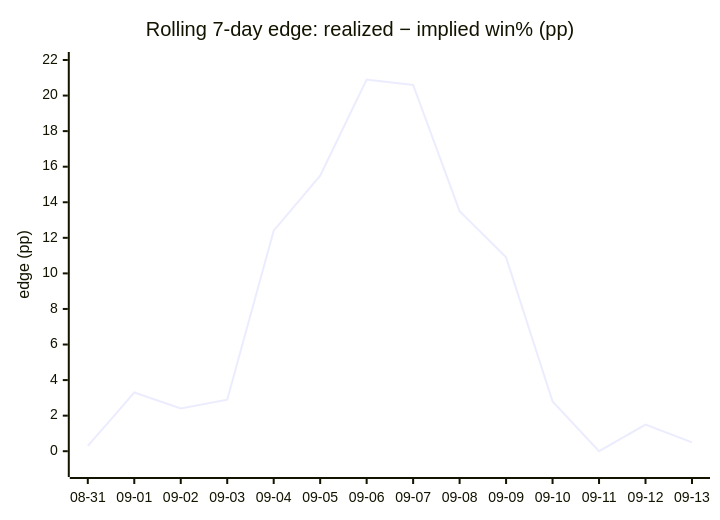
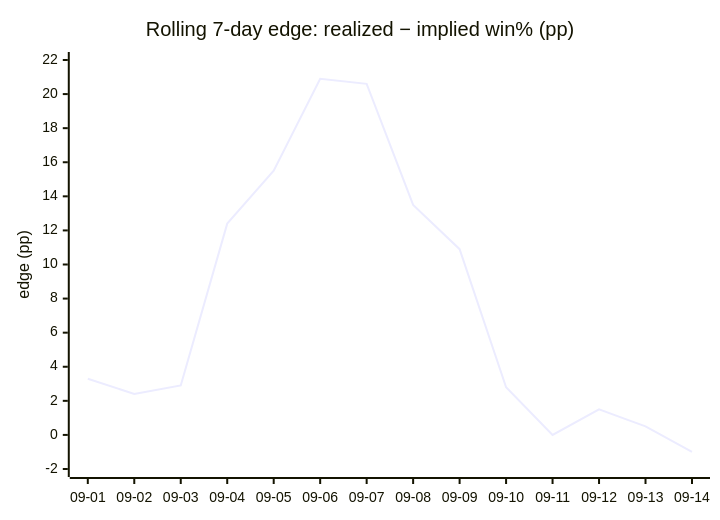
Before and after one commit to dpk1212/nhl-savant: the fourth of 4 diagrams in DAILY_AGSU_REPORT.md, drawn with Mermaid. The commit also changed other lines of this file, not shown here.

````diff
--- a/DAILY_AGSU_REPORT.md
+++ b/DAILY_AGSU_REPORT.md
@@ -878,7 +853,7 @@
 ```mermaid
 xychart-beta
     title "Rolling 7-day edge: realized − implied win% (pp)"
-    x-axis ["08-31", "09-01", "09-02", "09-03", "09-04", "09-05", "09-06", "09-07", "09-08", "09-09", "09-10", "09-11", "09-12", "09-13"]
-    y-axis "edge (pp)" -1 --> 22
-    line [0.3, 3.3, 2.4, 2.9, 12.4, 15.5, 20.9, 20.6, 13.5, 10.9, 2.8, 0, 1.5, 0.5]
+    x-axis ["09-01", "09-02", "09-03", "09-04", "09-05", "09-06", "09-07", "09-08", "09-09", "09-10", "09-11", "09-12", "09-13", "09-14"]
+    y-axis "edge (pp)" -2 --> 22
+    line [3.3, 2.4, 2.9, 12.4, 15.5, 20.9, 20.6, 13.5, 10.9, 2.8, 0, 1.5, 0.5, -1]
 ```
````
